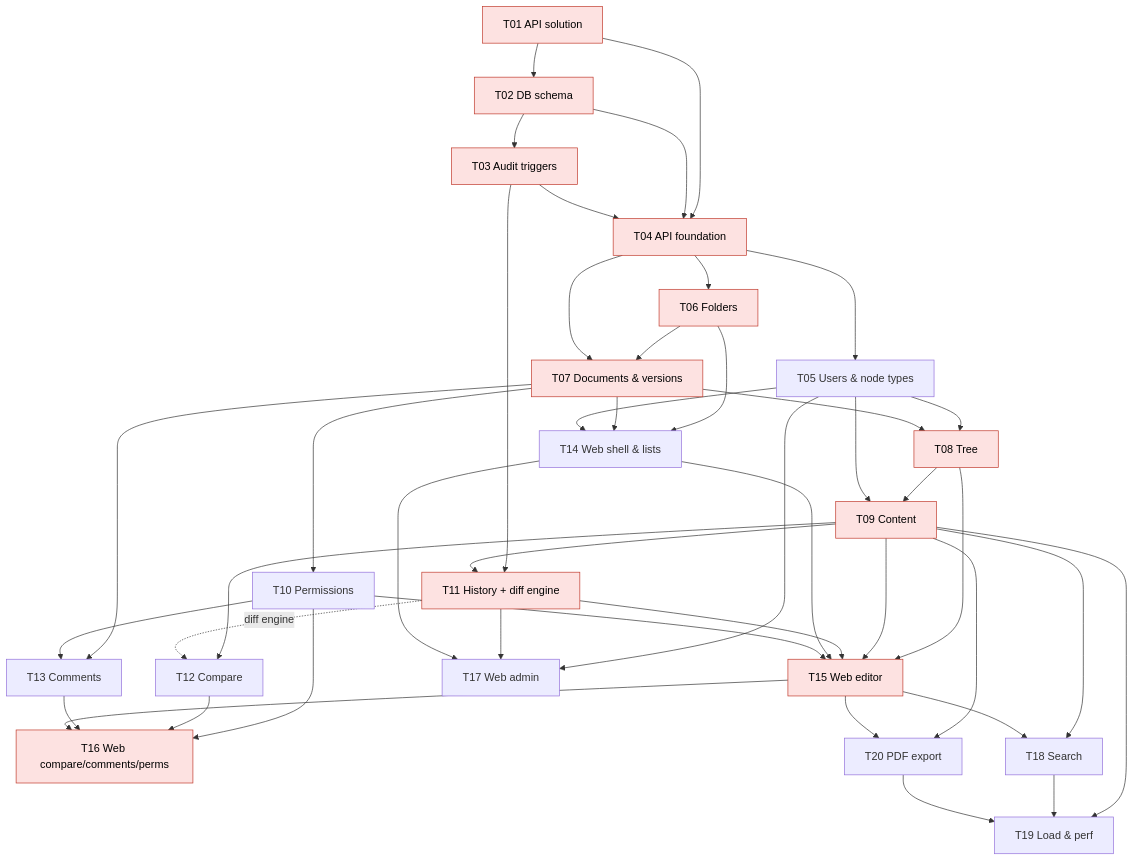
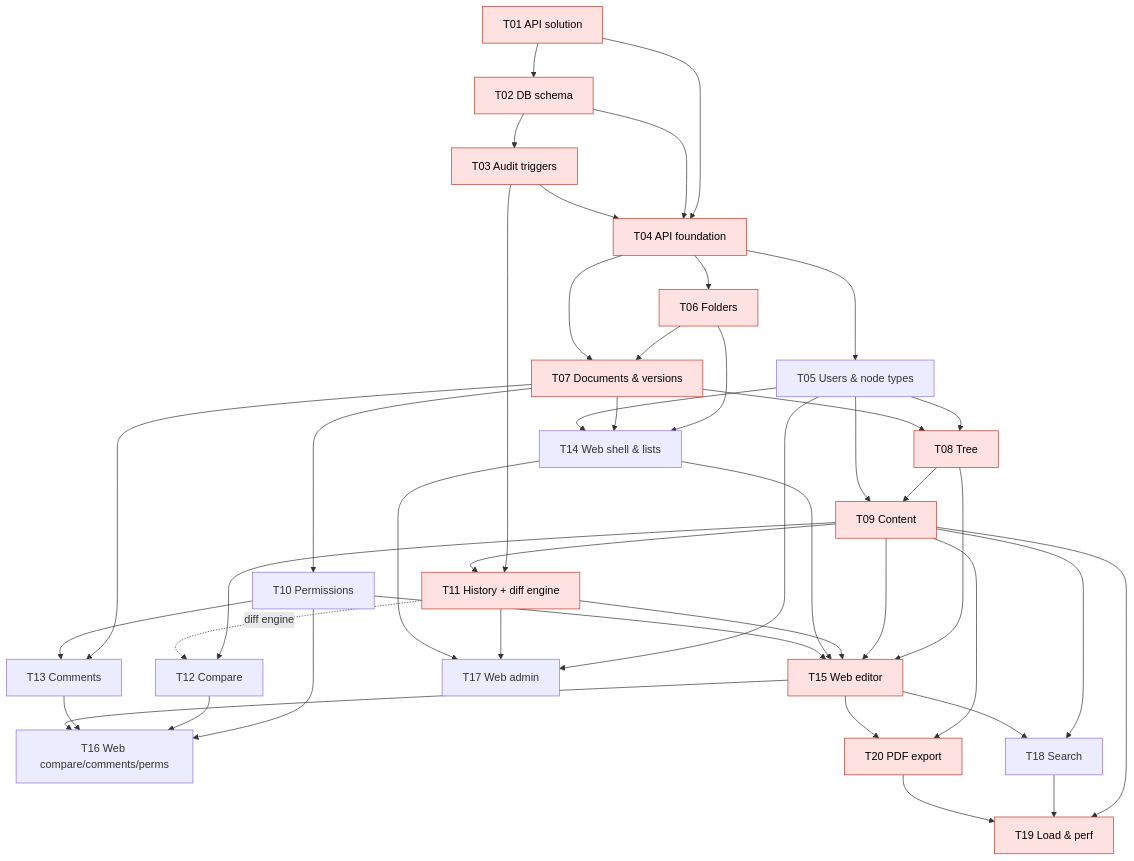
One commit to olexlpv-sys/test-repo changed the diagram in docs/tasks/00-execution-plan.md. Above: the diagram before and after it, drawn with Mermaid. The commit also changed other lines of this file and 1 other file, not shown here.

````diff
--- a/docs/tasks/00-execution-plan.md
+++ b/docs/tasks/00-execution-plan.md
@@ -35,48 +35,48 @@
 ```mermaid
 flowchart TD
   T01[T01 API solution] --> T04
   T01 --> T02
   T02[T02 DB schema] --> T03[T03 Audit triggers]
   T02 --> T04
   T03 --> T04[T04 API foundation]
   T04 --> T05[T05 Users & node types]
   T04 --> T06[T06 Folders]
   T06 --> T07[T07 Documents & versions]
   T04 --> T07
   T05 --> T08[T08 Tree]
   T07 --> T08
   T08 --> T09[T09 Content]
   T05 --> T09
   T07 --> T10[T10 Permissions]
   T03 --> T11[T11 History + diff engine]
   T09 --> T11
   T09 --> T12[T12 Compare]
   T11 -. diff engine .-> T12
   T07 --> T13[T13 Comments]
   T10 --> T13
   T06 --> T14[T14 Web shell & lists]
   T07 --> T14
   T08 --> T15[T15 Web editor]
   T09 --> T15
   T11 --> T15
   T14 --> T15
   T10 --> T16[T16 Web compare/comments/perms]
   T12 --> T16
   T13 --> T16
   T15 --> T16
   T05 --> T17[T17 Web admin]
   T11 --> T17
   T05 --> T14
   T10 --> T15
   T09 --> T18[T18 Search]
   T15 --> T18
   T09 --> T19[T19 Load & perf]
   T18 --> T19
   T09 --> T20[T20 PDF export]
   T15 --> T20
   T20 --> T19
   T14 --> T17
 
   classDef crit fill:#fde2e1,stroke:#c0392b,color:#000;
-  class T01,T02,T03,T04,T06,T07,T08,T09,T11,T15,T16 crit;
+  class T01,T02,T03,T04,T06,T07,T08,T09,T11,T15,T20,T19 crit;
 ```
````
